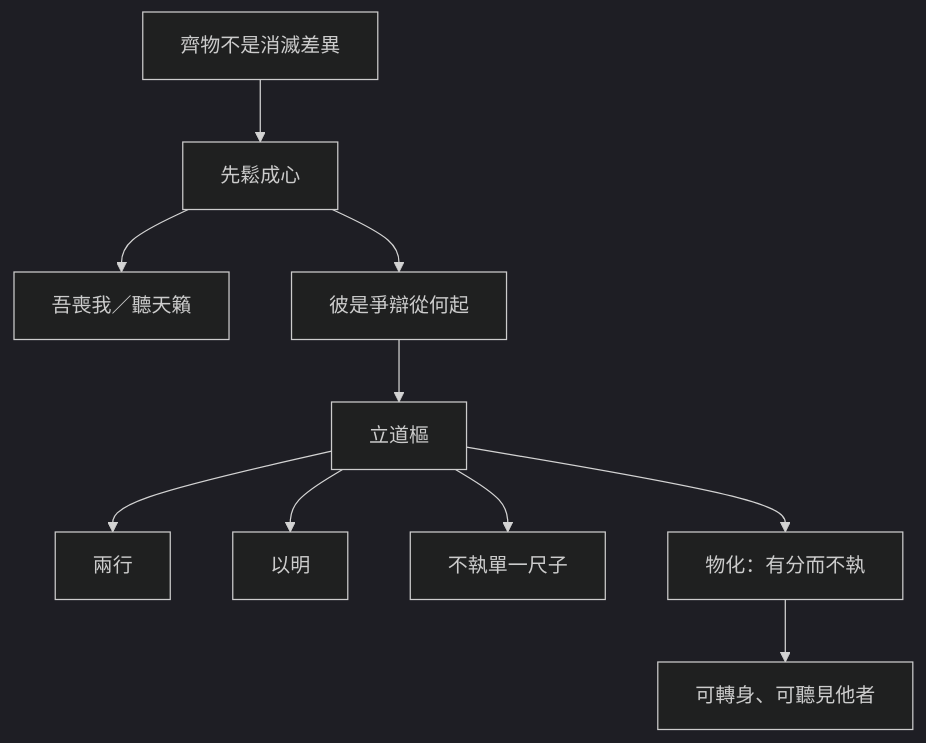
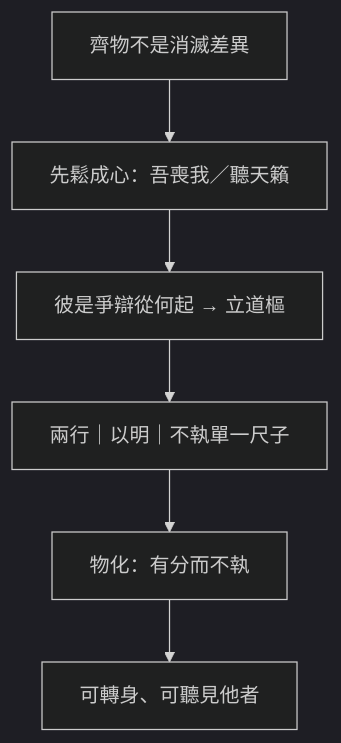
One commit to show0621/zhuangzi-atlas changed the diagram in content/chapters/01-內篇/02-齊物論.md. Above: the diagram before and after it, drawn with Mermaid (dark theme). The commit also changed other lines of this file and 35 other files, not shown here.

First line of the commit message:
fix(print): 全書心智圖改單欄並獨頁放大

````diff
--- a/content/chapters/01-內篇/02-齊物論.md
+++ b/content/chapters/01-內篇/02-齊物論.md
@@ -228,12 +228,9 @@
 ```mermaid
 flowchart TB
-  Q[齊物不是消滅差異] --> C[先鬆成心]
-  C --> A[吾喪我／聽天籟]
-  C --> B[彼是爭辯從何起]
-  B --> P[立道樞]
-  P --> P1[兩行]
-  P --> P2[以明]
-  P --> P3[不執單一尺子]
-  P --> M[物化：有分而不執]
-  M --> R[可轉身、可聽見他者]
+  Q["齊物不是消滅差異"]
+  Q --> C["先鬆成心：吾喪我／聽天籟"]
+  C --> B["彼是爭辯從何起 → 立道樞"]
+  B --> P["兩行｜以明｜不執單一尺子"]
+  P --> M["物化：有分而不執"]
+  M --> R["可轉身、可聽見他者"]
 ```
````
